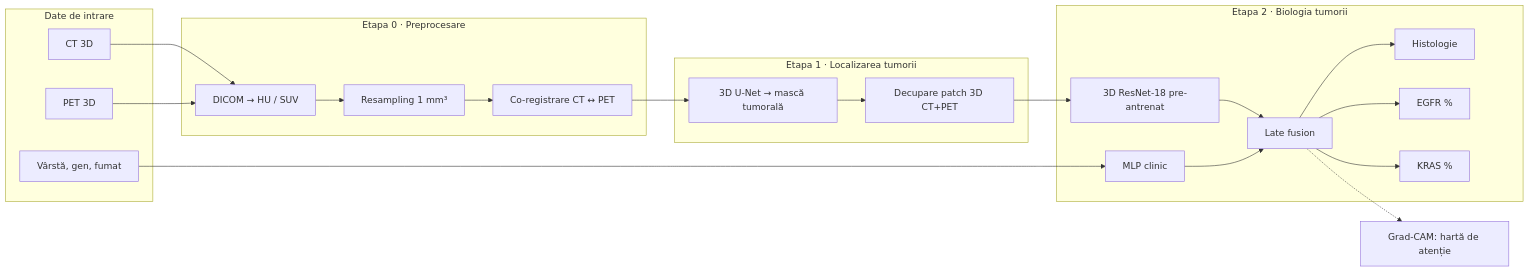
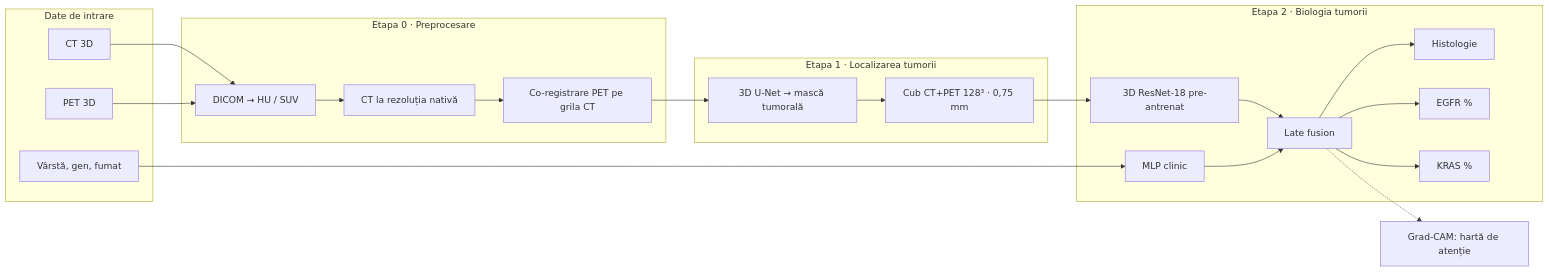
The diagram in README.md (Rebel-George/PulmoGnosis_Detectare_Cancer_Plamani), drawn with Mermaid before and after one commit. The commit also changed other lines of this file and 10 other files, not shown here.

````diff
--- a/README.md
+++ b/README.md
@@ -26,37 +26,37 @@
 ```mermaid
 flowchart LR
     subgraph IN[Date de intrare]
         CT[CT 3D]
         PET[PET 3D]
         CLIN[Vârstă, gen, fumat]
     end
 
     subgraph E0[Etapa 0 · Preprocesare]
         P1[DICOM → HU / SUV]
-        P2[Resampling 1 mm³]
-        P3[Co-registrare CT ↔ PET]
+        P2[CT la rezoluția nativă]
+        P3[Co-registrare PET pe grila CT]
     end
 
     subgraph E1[Etapa 1 · Localizarea tumorii]
         SEG[3D U-Net → mască tumorală]
-        CROP[Decupare patch 3D CT+PET]
+        CROP[Cub CT+PET 128³ · 0,75 mm]
     end
 
     subgraph E2[Etapa 2 · Biologia tumorii]
         ENC[3D ResNet-18 pre-antrenat]
         MLP[MLP clinic]
         FUS[Late fusion]
         H1[Histologie]
         H2[EGFR %]
         H3[KRAS %]
     end
 
     CT --> P1
     PET --> P1
     P1 --> P2 --> P3 --> SEG --> CROP --> ENC --> FUS
     CLIN --> MLP --> FUS
     FUS --> H1
     FUS --> H2
     FUS --> H3
     FUS -.-> XAI[Grad-CAM: hartă de atenție]
 ```
````
